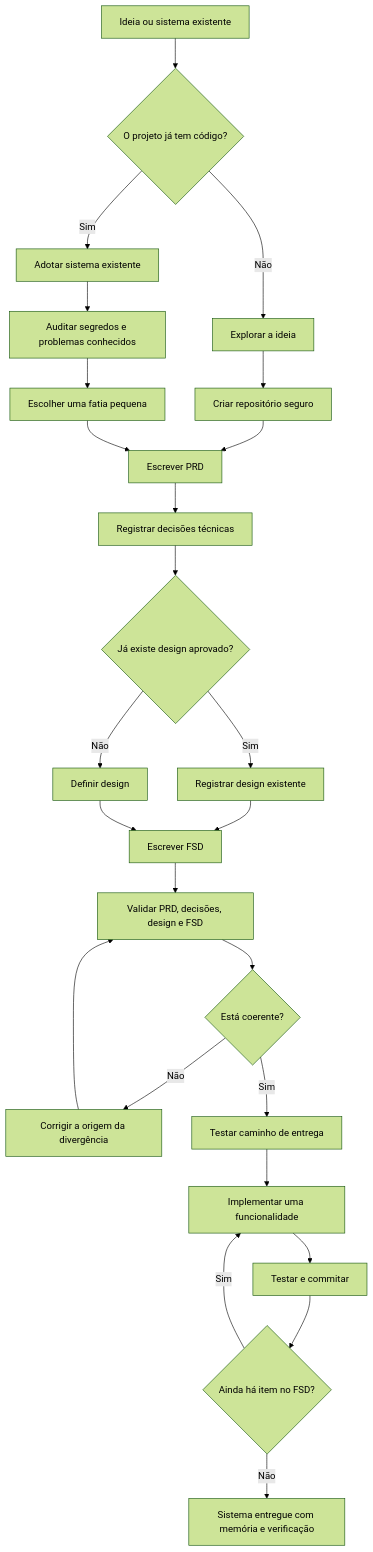
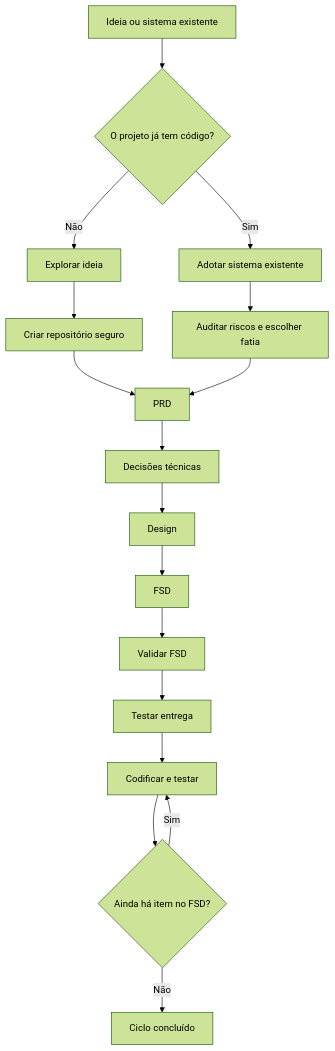
The diagram in README.md (pauloboare/BoareProtocolDev), drawn with Mermaid (forest theme) before and after one commit. The commit also changed other lines of this file and 1 other file, not shown here.

````diff
--- a/README.md
+++ b/README.md
@@ -275,37 +205,19 @@
 ```mermaid
 flowchart TD
     A["Ideia ou sistema existente"] --> B{"O projeto já tem código?"}
-
-    B -->|Não| C["Explorar a ideia"]
+    B -->|Não| C["Explorar ideia"]
     C --> D["Criar repositório seguro"]
-
     B -->|Sim| E["Adotar sistema existente"]
-    E --> F["Auditar segredos e problemas conhecidos"]
-    F --> G["Escolher uma fatia pequena"]
-
-    D --> H["Escrever PRD"]
-    G --> H
-
-    H --> I["Registrar decisões técnicas"]
-    I --> J{"Já existe design aprovado?"}
-
-    J -->|Sim| K["Registrar design existente"]
-    J -->|Não| L["Definir design"]
-
-    K --> M["Escrever FSD"]
-    L --> M
-
-    M --> N["Validar PRD, decisões, design e FSD"]
-    N --> O{"Está coerente?"}
-
-    O -->|Não| P["Corrigir a origem da divergência"]
-    P --> N
-
-    O -->|Sim| Q["Testar caminho de entrega"]
-    Q --> R["Implementar uma funcionalidade"]
-    R --> S["Testar e commitar"]
-    S --> T{"Ainda há item no FSD?"}
-
-    T -->|Sim| R
-    T -->|Não| U["Sistema entregue com memória e verificação"]
+    E --> F["Auditar riscos e escolher fatia"]
+    D --> G["PRD"]
+    F --> G
+    G --> H["Decisões técnicas"]
+    H --> I["Design"]
+    I --> J["FSD"]
+    J --> K["Validar FSD"]
+    K --> L["Testar entrega"]
+    L --> M["Codificar e testar"]
+    M --> N{"Ainda há item no FSD?"}
+    N -->|Sim| M
+    N -->|Não| O["Ciclo concluído"]
 ```
````
